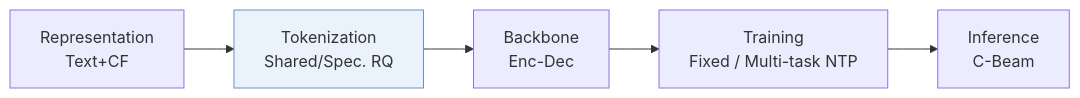
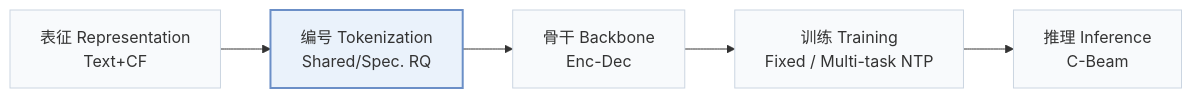
Before and after one commit to Galaxy-ghost/Awesome-SID-Generative-Rec: the first of 2 diagrams in pages/zh/papers/gensar.md, drawn with Mermaid. The commit also changed other lines of this file and 649 other files, not shown here.

Commit message:
writer-05: also tags and modality index (schema, check, build, visuals); summary field removed; calibration data for 12 papers

````diff
--- a/pages/zh/papers/gensar.md
+++ b/pages/zh/papers/gensar.md
@@ -13,6 +15,8 @@
 ```mermaid
 flowchart LR
-    R["Representation<br/>Text+CF"] --> T["Tokenization<br/>Shared/Spec. RQ"] --> B["Backbone<br/>Enc-Dec"] --> TR["Training<br/>Fixed / Multi-task NTP"] --> I["Inference<br/>C-Beam"]
-    classDef main fill:#eaf2fb,stroke:#6b8fc7
+    R["表征 Representation<br/>Text+CF"] --> T["编号 Tokenization<br/>Shared/Spec. RQ"] --> B["骨干 Backbone<br/>Enc-Dec"] --> TR["训练 Training<br/>Fixed / Multi-task NTP"] --> I["推理 Inference<br/>C-Beam"]
+    classDef base fill:#f8fafc,stroke:#cbd5e1
+    class R,T,B,TR,I base
+    classDef main fill:#eaf2fb,stroke:#6b8fc7,stroke-width:2px
     class T main
 ```
````
